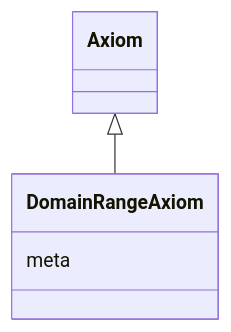
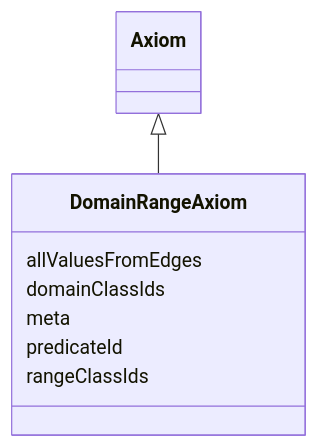
Before and after one commit to cthoyt/ontology-access-kit: the diagram in obograph/DomainRangeAxiom.md, drawn with Mermaid. The commit also changed other lines of this file and 2537 other files, not shown here.

````diff
--- a/obograph/DomainRangeAxiom.md
+++ b/obograph/DomainRangeAxiom.md
@@ -11,8 +11,12 @@
 ```{mermaid}
  classDiagram
+    class DomainRangeAxiom
       Axiom <|-- DomainRangeAxiom
       
+      DomainRangeAxiom : allValuesFromEdges
+      DomainRangeAxiom : domainClassIds
       DomainRangeAxiom : meta
+      DomainRangeAxiom : predicateId
+      DomainRangeAxiom : rangeClassIds
       
-
 ```
````
